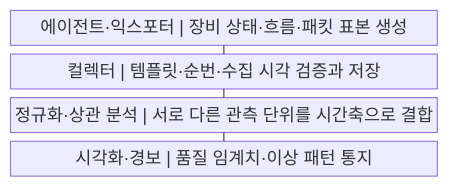
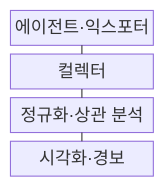
One commit to agnusdei1207/knowledge-base changed the first of 2 diagrams in src/content/docs/notes/04-network/074_network_monitoring_snmp_netflow.md. Above: the diagram before and after it, drawn with Mermaid. The commit also changed other lines of this file and 122 other files, not shown here.

````diff
--- a/src/content/docs/notes/04-network/074_network_monitoring_snmp_netflow.md
+++ b/src/content/docs/notes/04-network/074_network_monitoring_snmp_netflow.md
@@ -55,11 +55,11 @@
 ```mermaid
-block
+block-beta
     columns 1
-    A["에이전트·익스포터 | 장비 상태·흐름·패킷 표본 생성"]
-    B["컬렉터 | 템플릿·순번·수집 시각 검증과 저장"]
-    C["정규화·상관 분석 | 서로 다른 관측 단위를 시간축으로 결합"]
-    D["시각화·경보 | 품질 임계치·이상 패턴 통지"]
+    A["에이전트·익스포터"]
+    B["컬렉터"]
+    C["정규화·상관 분석"]
+    D["시각화·경보"]
     A --- B
     B --- C
     C --- D
 ```
````
